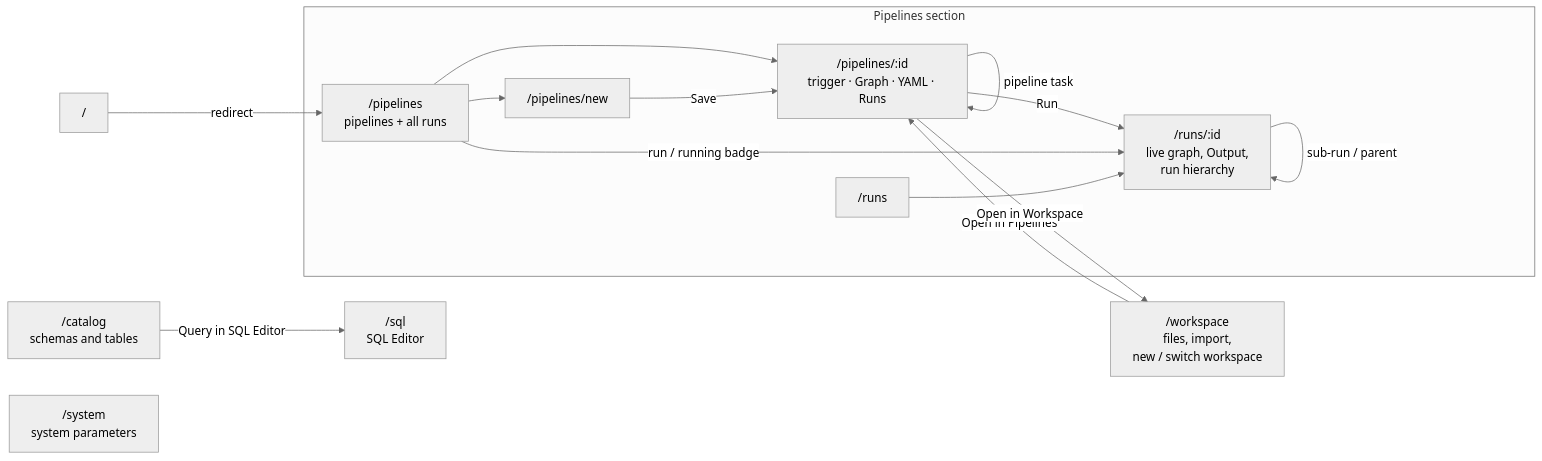
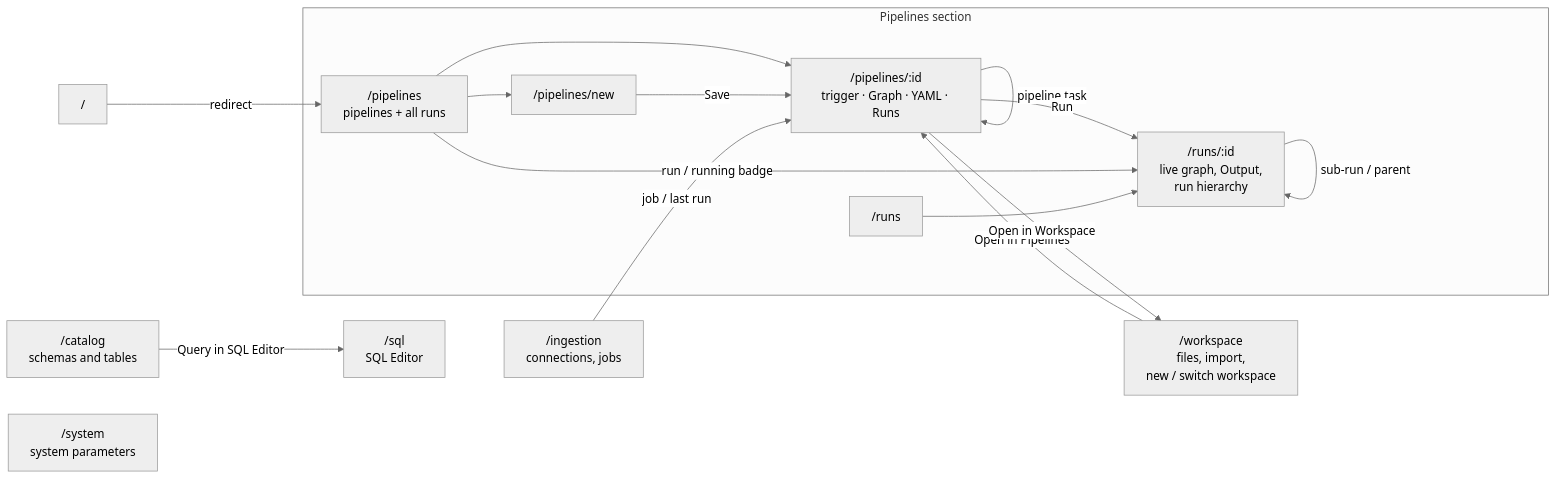
The first of 3 diagrams in docs/client.md (ilanamarpersonal/prooflix-core), drawn with Mermaid (neutral theme) before and after one commit. The commit also changed other lines of this file and 24 other files, not shown here.

````diff
--- a/docs/client.md
+++ b/docs/client.md
@@ -72,22 +73,23 @@
 ```mermaid
 flowchart LR
     root["/"] -->|redirect| PL
 
     subgraph Pipelines["Pipelines section"]
         PL["/pipelines<br/>pipelines + all runs"] --> NEW["/pipelines/new"]
         PL --> PD["/pipelines/:id<br/>trigger · Graph · YAML · Runs"]
         PD -->|"pipeline task"| PD
         PD -->|Run| RD["/runs/:id<br/>live graph, Output,<br/>run hierarchy"]
         PL -->|"run / running badge"| RD
         RS["/runs"] --> RD
         RD -->|"sub-run / parent"| RD
         NEW -->|Save| PD
     end
 
+    ING["/ingestion<br/>connections, jobs"] -->|"job / last run"| PD
     SQL["/sql<br/>SQL Editor"]
     CAT["/catalog<br/>schemas and tables"] -->|"Query in SQL Editor"| SQL
     WSP["/workspace<br/>files, import,<br/>new / switch workspace"]
     WSP -->|"Open in Pipelines"| PD
     PD -->|"Open in Workspace"| WSP
     SYS["/system<br/>system parameters"]
 ```
````
